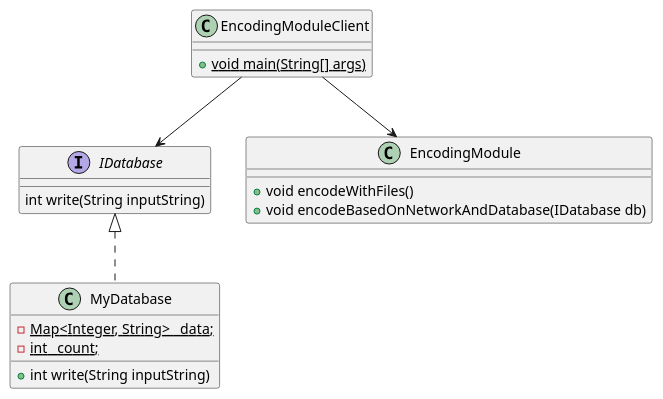
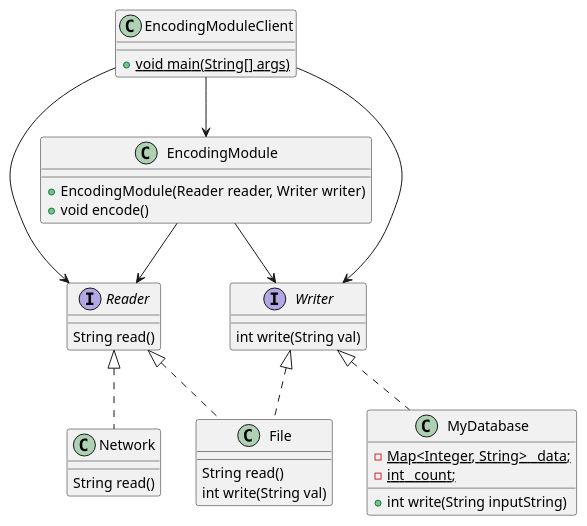
The diagram in DIP/src/com/directi/training/dip/exercise_refactored/diagram.puml (inesachour/Architecture_Logiciel_TP1_SOLID), drawn with PlantUML before and after one commit. The commit also changed 10 other files, not shown here.

Commit message:
diagram dip

```diff
--- a/DIP/src/com/directi/training/dip/exercise_refactored/diagram.puml
+++ b/DIP/src/com/directi/training/dip/exercise_refactored/diagram.puml
@@ -1,25 +1,42 @@
 @startuml
 
-interface IDatabase{
-    int write(String inputString)
+interface Reader{
+    String read()
 }
 
-class MyDatabase implements IDatabase{
+interface Writer{
+    int write(String val)
+}
+
+class MyDatabase implements Writer{
     - {static} Map<Integer, String> _data;
     - {static} int _count;
     + int write(String inputString)
 }
 
+class File implements Writer, Reader{
+    String read()
+    int write(String val)
+}
+
+class Network implements Reader{
+    String read()
+}
+
 class EncodingModule{
-    + void encodeWithFiles()
-    + void encodeBasedOnNetworkAndDatabase(IDatabase db)
+    + EncodingModule(Reader reader, Writer writer)
+    + void encode()
 }
 
 class EncodingModuleClient{
     + {static} void main(String[] args)
 }
 
 EncodingModuleClient --> EncodingModule
-EncodingModuleClient --> IDatabase
+EncodingModuleClient --> Reader
+EncodingModuleClient --> Writer
+
+EncodingModule --> Writer
+EncodingModule --> Reader
 
 @enduml
```
